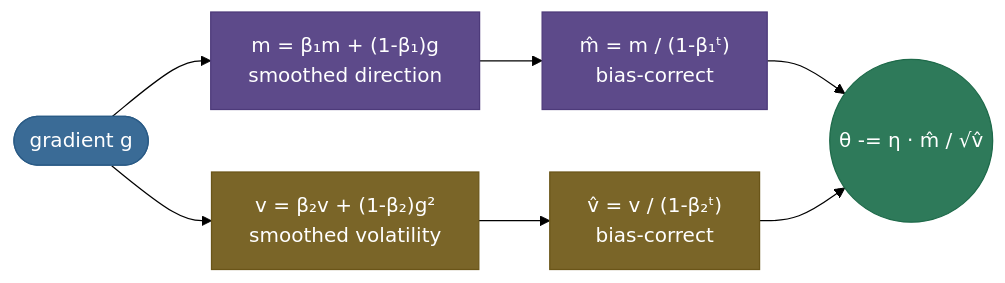
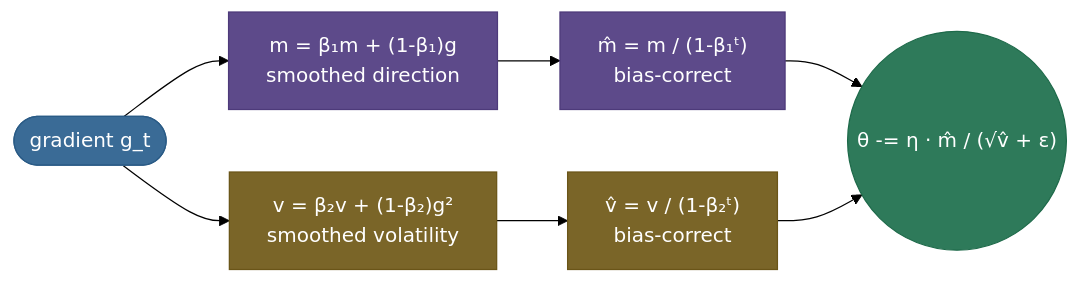
Before and after one commit to sudhir13s/AI-ML-learning-resources: the third of 4 diagrams in 05. Deep_Learning/concepts/07-Optimizers.md, drawn with Mermaid (forest theme). The commit also changed other lines of this file and 9 other files, not shown here.

````diff
--- a/05. Deep_Learning/concepts/07-Optimizers.md
+++ b/05. Deep_Learning/concepts/07-Optimizers.md
@@ -124,14 +284,14 @@
 ```mermaid
 graph LR
-    G(["gradient g"]):::data --> M["m = β₁m + (1-β₁)g<br/>smoothed direction"]:::process
+    G(["gradient g_t"]):::data --> M["m = β₁m + (1-β₁)g<br/>smoothed direction"]:::process
     G --> V["v = β₂v + (1-β₂)g²<br/>smoothed volatility"]:::amber
     M --> MH["m̂ = m / (1-β₁ᵗ)<br/>bias-correct"]:::process
     V --> VH["v̂ = v / (1-β₂ᵗ)<br/>bias-correct"]:::amber
-    MH --> U(("θ -= η · m̂ / √v̂")):::out
+    MH --> U(("θ -= η · m̂ / (√v̂ + ε)")):::out
     VH --> U
 
     classDef data fill:#3A6B96,stroke:#2A5B86,color:#fff
     classDef process fill:#5D4A8A,stroke:#4D3A7A,color:#fff
     classDef amber fill:#7A6528,stroke:#6A5518,color:#fff
     classDef out fill:#2E7A5A,stroke:#1E6A4A,color:#fff
 ```
````
